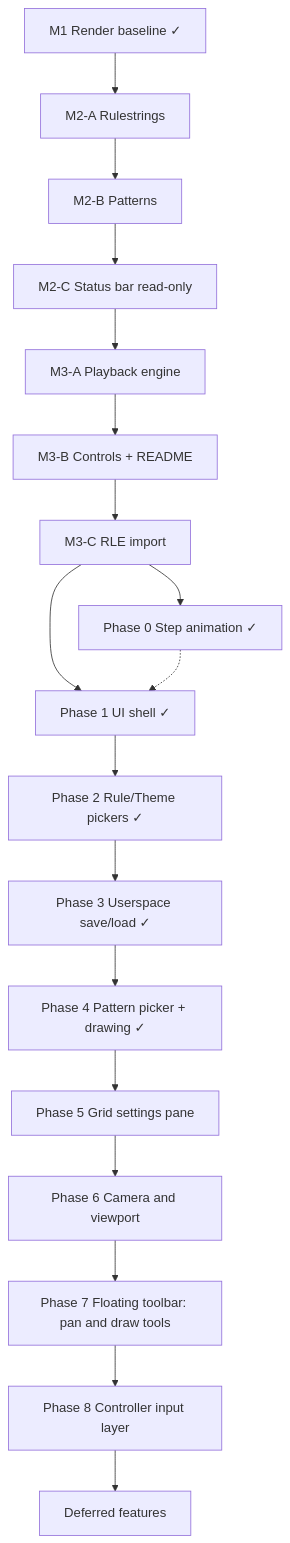
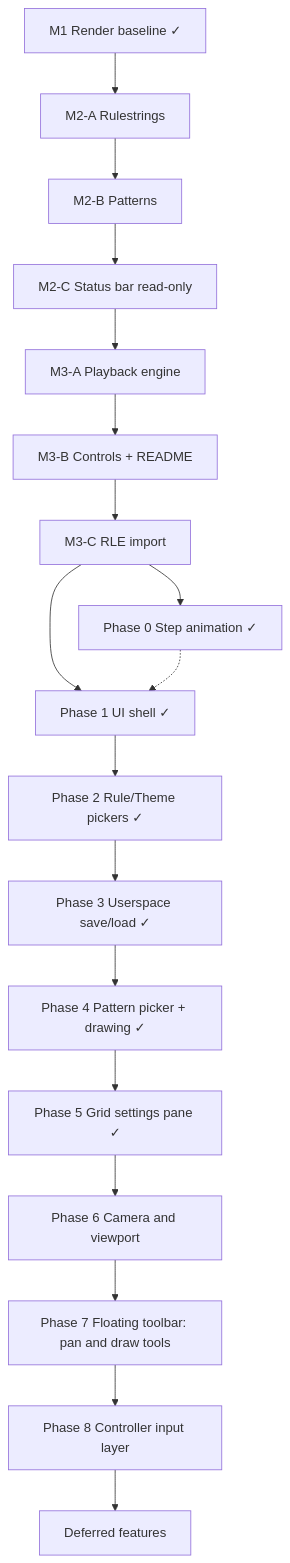
The diagram in plan/README.md (ridespirals/love-life), drawn with Mermaid before and after one commit. The commit also changed other lines of this file and 22 other files, not shown here.

First line of the commit message:
Add Phase 5 grid settings and text-field caret/selection UX

````diff
--- a/plan/README.md
+++ b/plan/README.md
@@ -51,26 +51,26 @@
 ```mermaid
 flowchart TD
   M1[M1 Render baseline ✓]
   M2A[M2-A Rulestrings]
   M2B[M2-B Patterns]
   M2C[M2-C Status bar read-only]
   M3A[M3-A Playback engine]
   M3B[M3-B Controls + README]
   M3C[M3-C RLE import]
   P0[Phase 0 Step animation ✓]
   P1[Phase 1 UI shell ✓]
   P2[Phase 2 Rule/Theme pickers ✓]
   P3[Phase 3 Userspace save/load ✓]
   P4[Phase 4 Pattern picker + drawing ✓]
-  P5[Phase 5 Grid settings pane]
+  P5[Phase 5 Grid settings pane ✓]
   P6[Phase 6 Camera and viewport]
   P7[Phase 7 Floating toolbar: pan and draw tools]
   P8[Phase 8 Controller input layer]
   DEF[Deferred features]
 
   M1 --> M2A --> M2B --> M2C --> M3A --> M3B --> M3C
   M3C --> P0
   M3C --> P1
   P0 -.-> P1
   P1 --> P2 --> P3 --> P4 --> P5 --> P6 --> P7 --> P8 --> DEF
 ```
````
